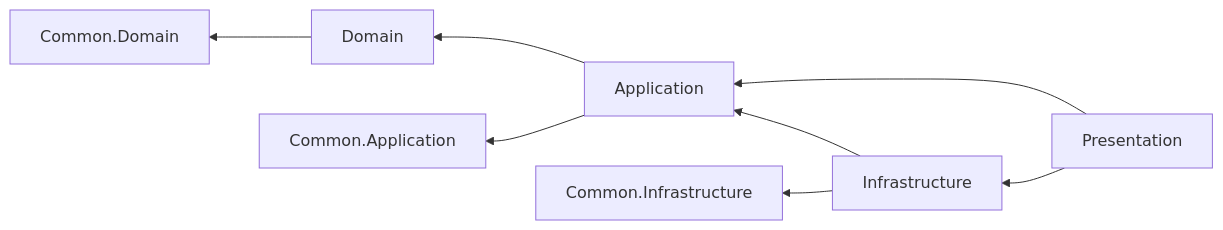
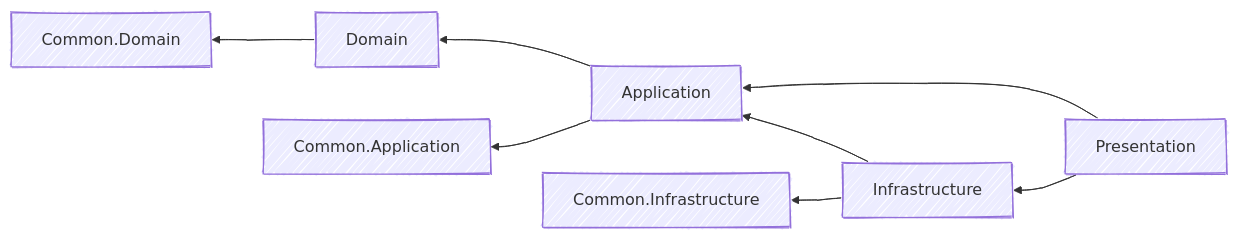
Before and after one commit to khuongpham1995/MyAIAgent: the first of 3 diagrams in docs/architecture.md, drawn with Mermaid. The commit also changed other lines of this file and 8 other files, not shown here.

````diff
--- a/docs/architecture.md
+++ b/docs/architecture.md
@@ -16,10 +26,16 @@
 ```mermaid
+---
+config:
+  look: handDrawn
+  handDrawnSeed: 42
+  fontFamily: 'Comic Sans MS, Comic Sans, cursive'
+---
 flowchart RL
     P[Presentation] --> I[Infrastructure]
     I --> A[Application]
     A --> D[Domain]
     P --> A
     D --> CD[Common.Domain]
     A --> CA[Common.Application]
     I --> CI[Common.Infrastructure]
 ```
````
